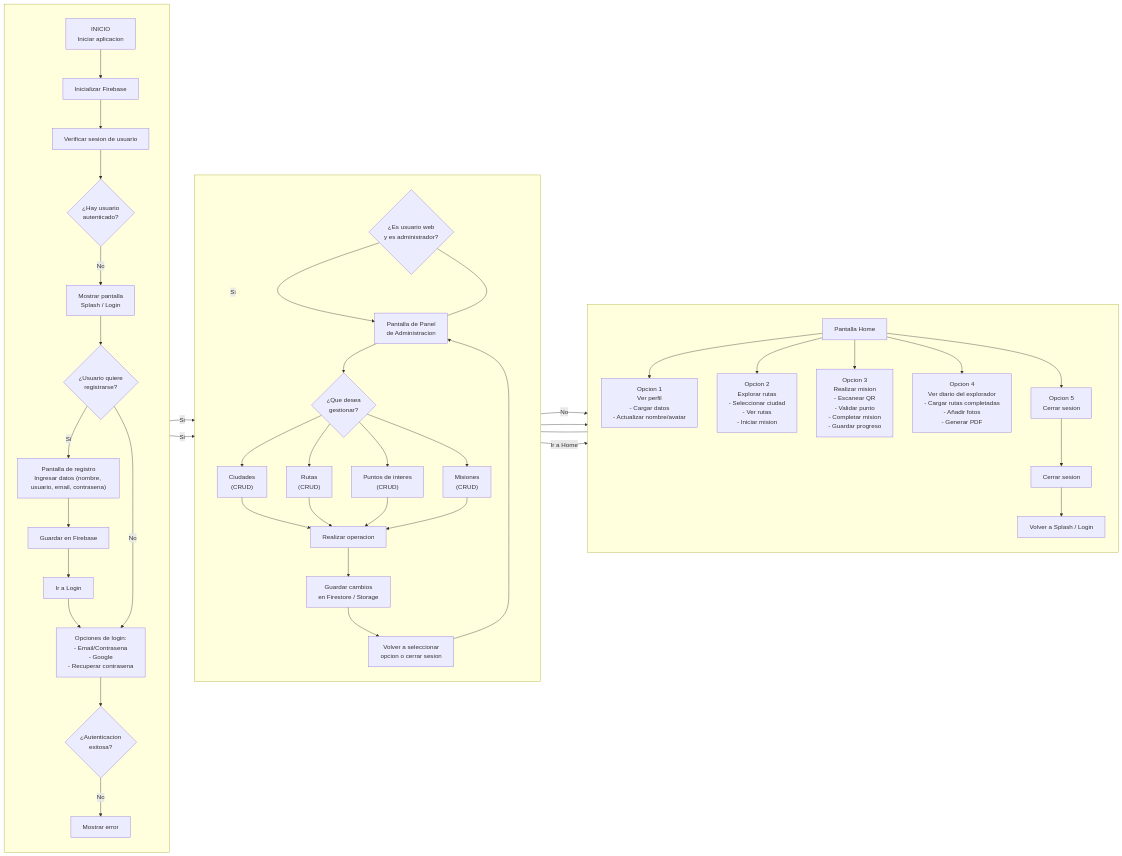
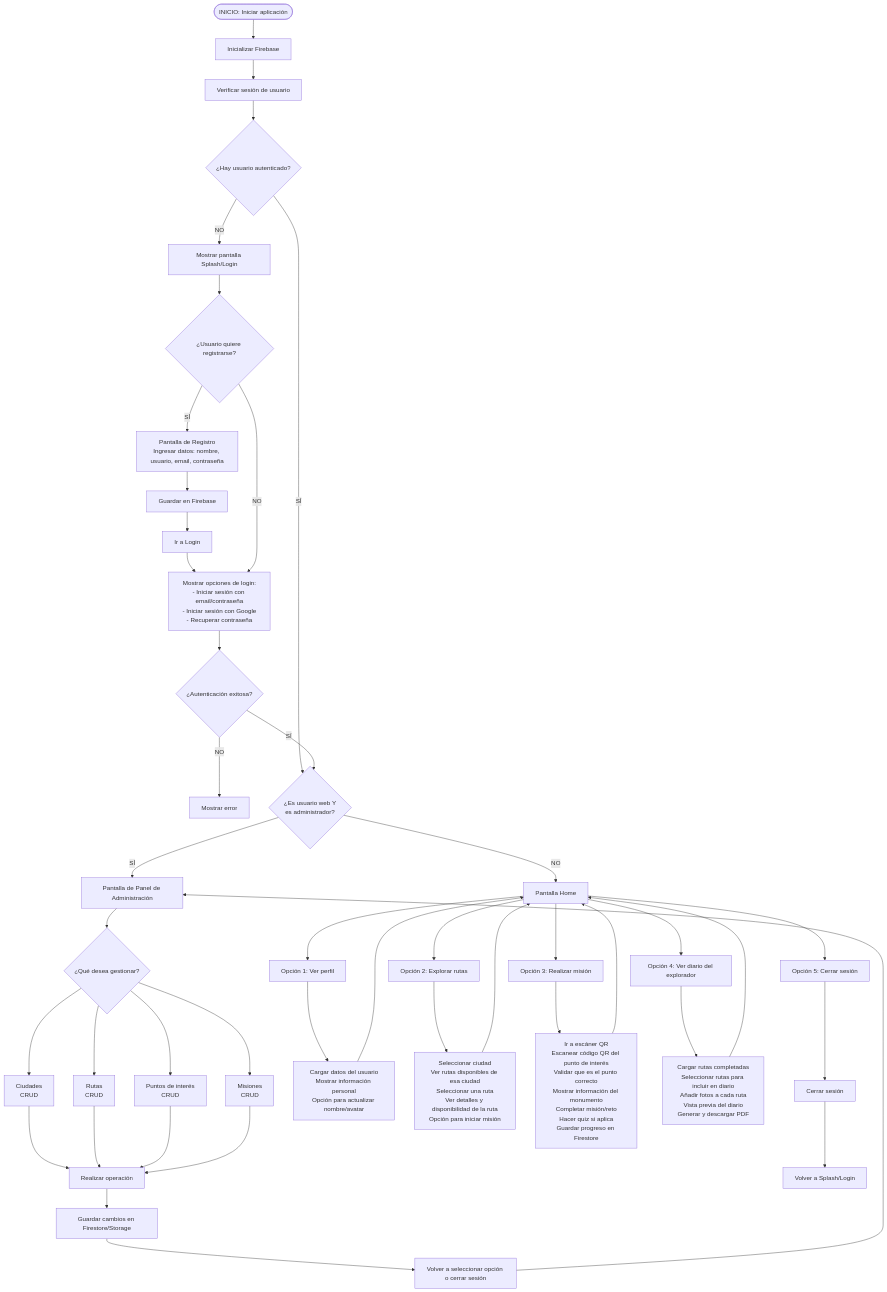
One commit to TurisTechTeam-Dev/rutexgo-assets changed the seventh of 7 diagrams in diagrama.md. Above: the diagram before and after it, drawn with Mermaid.

````diff
--- a/diagrama.md
+++ b/diagrama.md
@@ -349,94 +349,72 @@
 ```mermaid
-flowchart LR
-  %% --- COLUMNA IZQUIERDA: INICIO / AUTH ---
-  subgraph IZQ[" "]
-    direction TB
-    S1["INICIO\nIniciar aplicacion"]
-    S2["Inicializar Firebase"]
-    S3["Verificar sesion de usuario"]
-    D1{"¿Hay usuario\nautenticado?"}
+graph TD
+    %% Inicio y Autenticación
+    INICIO([INICIO: Iniciar aplicación]) --> InitFirebase[Inicializar Firebase]
+    InitFirebase --> CheckSession[Verificar sesión de usuario]
+    CheckSession --> IsAuth{¿Hay usuario autenticado?}
 
-    Splash["Mostrar pantalla\nSplash / Login"]
-    RegQ{"¿Usuario quiere\nregistrarse?"}
-    RegForm["Pantalla de registro\nIngresar datos (nombre, usuario, email, contrasena)"]
-    RegSave["Guardar en Firebase"]
-    IrLogin["Ir a Login"]
+    %% Flujo de No Autenticado
+    IsAuth -- NO --> SplashLogin[Mostrar pantalla Splash/Login]
+    SplashLogin --> WantRegister{¿Usuario quiere registrarse?}
+    
+    WantRegister -- SÍ --> PantallaRegistro[Pantalla de Registro<br>Ingresar datos: nombre, usuario, email, contraseña]
+    PantallaRegistro --> SaveFirebase[Guardar en Firebase]
+    SaveFirebase --> GoToLogin[Ir a Login]
+    GoToLogin --> LoginOptions
+    
+    WantRegister -- NO --> LoginOptions[Mostrar opciones de login:<br>- Iniciar sesión con email/contraseña<br>- Iniciar sesión con Google<br>- Recuperar contraseña]
+    LoginOptions --> AuthSuccess{¿Autenticación exitosa?}
+    AuthSuccess -- NO --> ShowError[Mostrar error]
+    
+    %% Flujo de Autenticado / Login Exitoso
+    IsAuth -- SÍ --> IsAdmin{¿Es usuario web Y<br>es administrador?}
+    AuthSuccess -- SÍ --> IsAdmin
 
-    LoginOpts["Opciones de login:\n- Email/Contrasena\n- Google\n- Recuperar contrasena"]
-    AuthResult{"¿Autenticacion\nexitosa?"}
-    Error["Mostrar error"]
-  end
+    %% Flujo Administrador
+    IsAdmin -- SÍ --> AdminPanel[Pantalla de Panel de Administración]
+    AdminPanel --> WhatManage{¿Qué desea gestionar?}
+    
+    WhatManage --> Ciudades[Ciudades<br>CRUD]
+    WhatManage --> Rutas[Rutas<br>CRUD]
+    WhatManage --> POI[Puntos de interés<br>CRUD]
+    WhatManage --> Misiones[Misiones<br>CRUD]
+    
+    Ciudades --> DoOp[Realizar operación]
+    Rutas --> DoOp
+    POI --> DoOp
+    Misiones --> DoOp
+    
+    DoOp --> SaveFirestore[Guardar cambios en Firestore/Storage]
+    SaveFirestore --> LoopAdmin[Volver a seleccionar opción o cerrar sesión]
+    LoopAdmin --> AdminPanel
 
-  S1 --> S2 --> S3 --> D1
-  D1 -- "No" --> Splash
-  D1 -- "Si" --> RoleCheck
+    %% Flujo Usuario Estándar (Pantalla Home)
+    IsAdmin -- NO --> Home[Pantalla Home]
+    
+    %% Opciones de la Home
+    Home --> Op1[Opción 1: Ver perfil]
+    Home --> Op2[Opción 2: Explorar rutas]
+    Home --> Op3[Opción 3: Realizar misión]
+    Home --> Op4[Opción 4: Ver diario del explorador]
+    Home --> Op5[Opción 5: Cerrar sesión]
 
-  Splash --> RegQ
-  RegQ -- "Si" --> RegForm --> RegSave --> IrLogin --> LoginOpts
-  RegQ -- "No" --> LoginOpts
+    %% Detalles Opción 1
+    Op1 --> Op1_Detalles[Cargar datos del usuario<br>Mostrar información personal<br>Opción para actualizar nombre/avatar]
+    Op1_Detalles --> Home
 
-  LoginOpts --> AuthResult
-  AuthResult -- "No" --> Error
-  AuthResult -- "Si" --> RoleCheck
+    %% Detalles Opción 2
+    Op2 --> Op2_Detalles[Seleccionar ciudad<br>Ver rutas disponibles de esa ciudad<br>Seleccionar una ruta<br>Ver detalles y disponibilidad de la ruta<br>Opción para iniciar misión]
+    Op2_Detalles --> Home
 
-  %% --- COLUMNA CENTRAL: ADMIN / OPERACIONES ---
-  subgraph CTR[" "]
-    direction TB
-    RoleCheck{"¿Es usuario web\ny es administrador?"}
-    AdminPanel["Pantalla de Panel\nde Administracion"]
-    ManageQ{"¿Que desea\ngestionar?"}
-    Cities["Ciudades\n(CRUD)"]
-    Routes["Rutas\n(CRUD)"]
-    POIs["Puntos de interes\n(CRUD)"]
-    Missions["Misiones\n(CRUD)"]
-    DoOp["Realizar operacion"]
-    SaveChanges["Guardar cambios\nen Firestore / Storage"]
-    BackSelect["Volver a seleccionar\nopcion o cerrar sesion"]
-  end
+    %% Detalles Opción 3
+    Op3 --> Op3_Detalles[Ir a escáner QR<br>Escanear código QR del punto de interés<br>Validar que es el punto correcto<br>Mostrar información del monumento<br>Completar misión/reto<br>Hacer quiz si aplica<br>Guardar progreso en Firestore]
+    Op3_Detalles --> Home
 
-  RoleCheck -- "Si" --> AdminPanel
-  RoleCheck -- "No" --> Home
+    %% Detalles Opción 4
+    Op4 --> Op4_Detalles[Cargar rutas completadas<br>Seleccionar rutas para incluir en diario<br>Añadir fotos a cada ruta<br>Vista previa del diario<br>Generar y descargar PDF]
+    Op4_Detalles --> Home
 
-  AdminPanel --> ManageQ
-  ManageQ --> Cities
-  ManageQ --> Routes
-  ManageQ --> POIs
-  ManageQ --> Missions
-
-  Cities --> DoOp
-  Routes --> DoOp
-  POIs --> DoOp
-  Missions --> DoOp
-
-  DoOp --> SaveChanges --> BackSelect
-  BackSelect --> AdminPanel
-  BackSelect --> Logout
-
-  %% --- COLUMNA DERECHA: HOME / OPCIONES USUARIO ---
-  subgraph DER[" "]
-    direction TB
-    Home["Pantalla Home"]
-    Opt1["Opcion 1\nVer perfil\n- Cargar datos\n- Actualizar nombre/avatar"]
-    Opt2["Opcion 2\nExplorar rutas\n- Seleccionar ciudad\n- Ver rutas\n- Iniciar mision"]
-    Opt3["Opcion 3\nRealizar mision\n- Escanear QR\n- Validar punto\n- Completar mision\n- Guardar progreso"]
-    Opt4["Opcion 4\nVer diario del explorador\n- Cargar rutas completadas\n- Añadir fotos\n- Generar PDF"]
-    Opt5["Opcion 5\nCerrar sesion"]
-    Logout["Cerrar sesion"]
-    BackToSplash["Volver a Splash / Login"]
-  end
-
-  Home --> Opt1
-  Home --> Opt2
-  Home --> Opt3
-  Home --> Opt4
-  Home --> Opt5
-  Opt5 --> Logout --> BackToSplash
-
-  %% --- CONEXIONES TRANSVERSALES ---
-  %% desde autenticacion exitosa o ya autenticado se comprueba rol (RoleCheck)
-  RoleCheck --- AdminPanel
-  RoleCheck --- Home
-
-  %% desde la pantalla Home se puede volver al panel si es admin (flecha visual)
-  AdminPanel -- "Ir a Home" --> Home
+    %% Detalles Opción 5
+    Op5 --> Logout[Cerrar sesión]
+    Logout --> ReturnSplash[Volver a Splash/Login]
 ```
````
